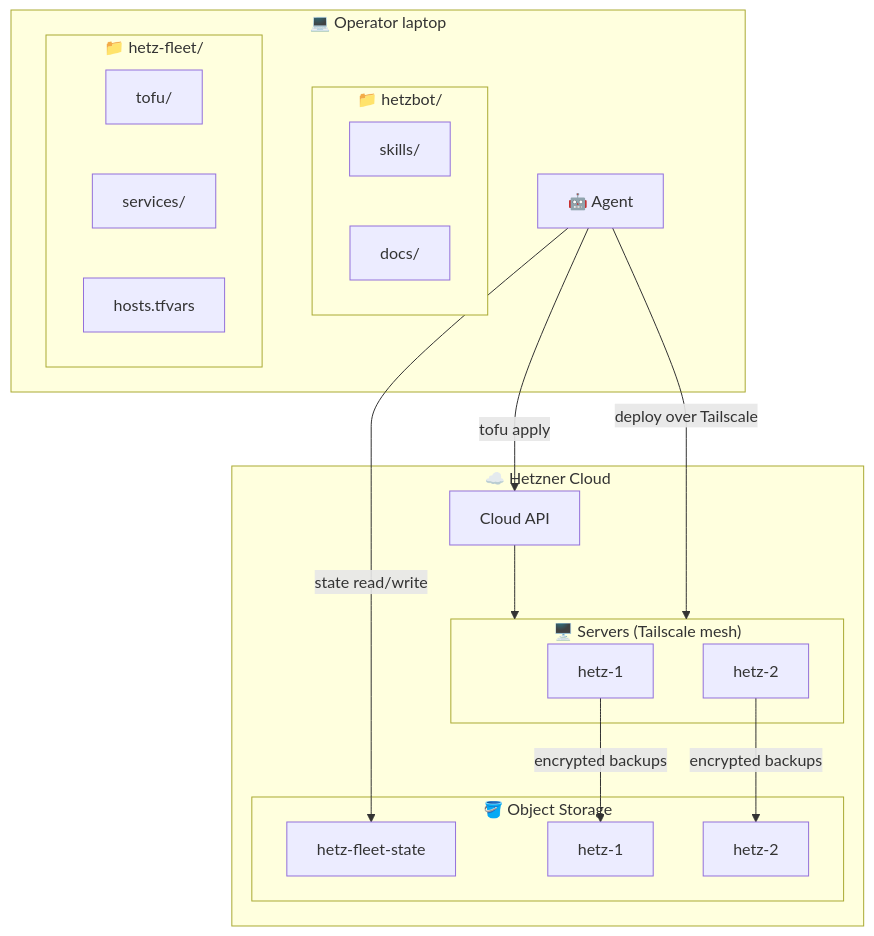
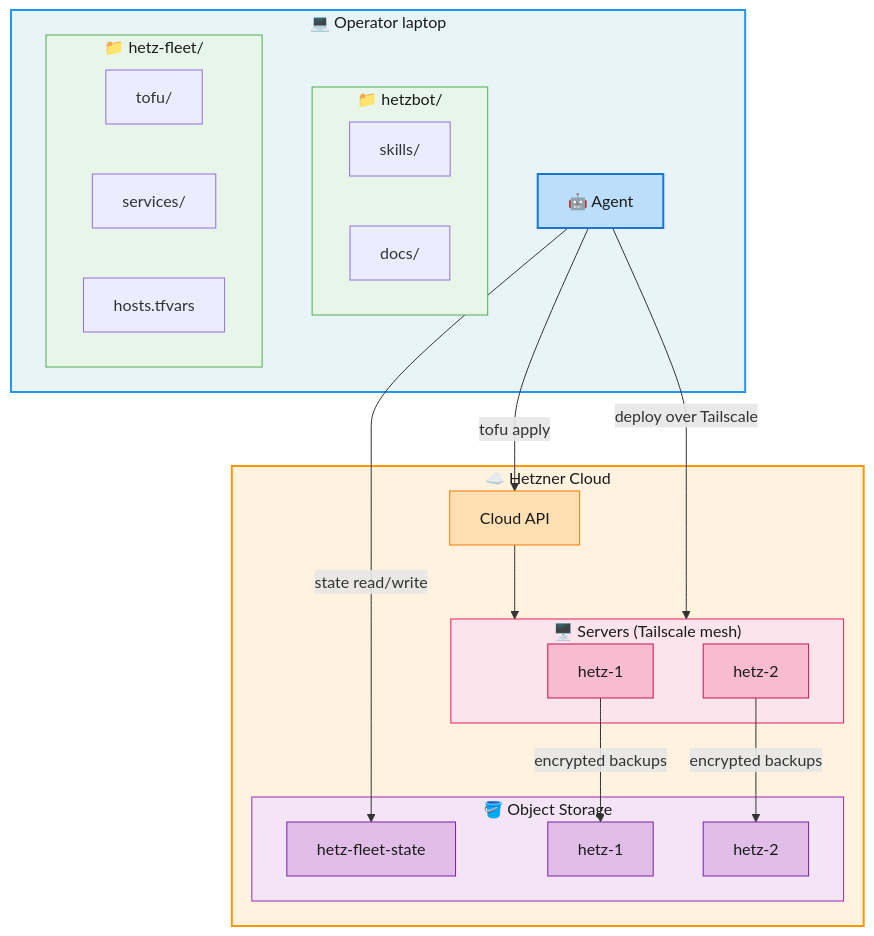
Before and after one commit to tomspiegl/hetzbot: the diagram in README.md, drawn with Mermaid.

Commit message:
Add color styling to README mermaid diagram

````diff
--- a/README.md
+++ b/README.md
@@ -9,35 +9,49 @@
 ```mermaid
 graph TB
     subgraph Laptop["💻 Operator laptop"]
         Agent["🤖 Agent"]
         subgraph HB["📁 hetzbot/"]
             Skills["skills/"]
             Docs["docs/"]
         end
         subgraph HF["📁 hetz-fleet/"]
             Tofu["tofu/"]
             Services["services/"]
             Hosts["hosts.tfvars"]
         end
     end
 
     subgraph Hetzner["☁️ Hetzner Cloud"]
         API["Cloud API"]
         subgraph Servers["🖥️ Servers (Tailscale mesh)"]
             H1["hetz-1"]
             H2["hetz-2"]
         end
         subgraph S3["🪣 Object Storage"]
             TFS["hetz-fleet-state"]
             B1["hetz-1"]
             B2["hetz-2"]
         end
     end
 
     Agent -->|tofu apply| API
     API --> Servers
     Agent -->|deploy over Tailscale| Servers
     H1 -->|encrypted backups| B1
     H2 -->|encrypted backups| B2
     Agent -->|state read/write| TFS
+
+    style Laptop fill:#e8f4f8,stroke:#2196F3,stroke-width:2px,color:#1a1a1a
+    style Hetzner fill:#fff3e0,stroke:#FF9800,stroke-width:2px,color:#1a1a1a
+    style HB fill:#e8f5e9,stroke:#4CAF50,stroke-width:1px,color:#1a1a1a
+    style HF fill:#e8f5e9,stroke:#4CAF50,stroke-width:1px,color:#1a1a1a
+    style Servers fill:#fce4ec,stroke:#E91E63,stroke-width:1px,color:#1a1a1a
+    style S3 fill:#f3e5f5,stroke:#9C27B0,stroke-width:1px,color:#1a1a1a
+    style Agent fill:#bbdefb,stroke:#1976D2,stroke-width:2px,color:#1a1a1a
+    style API fill:#ffe0b2,stroke:#F57C00,stroke-width:1px,color:#1a1a1a
+    style H1 fill:#f8bbd0,stroke:#C2185B,color:#1a1a1a
+    style H2 fill:#f8bbd0,stroke:#C2185B,color:#1a1a1a
+    style B1 fill:#e1bee7,stroke:#7B1FA2,color:#1a1a1a
+    style B2 fill:#e1bee7,stroke:#7B1FA2,color:#1a1a1a
+    style TFS fill:#e1bee7,stroke:#7B1FA2,color:#1a1a1a
 ```
````
